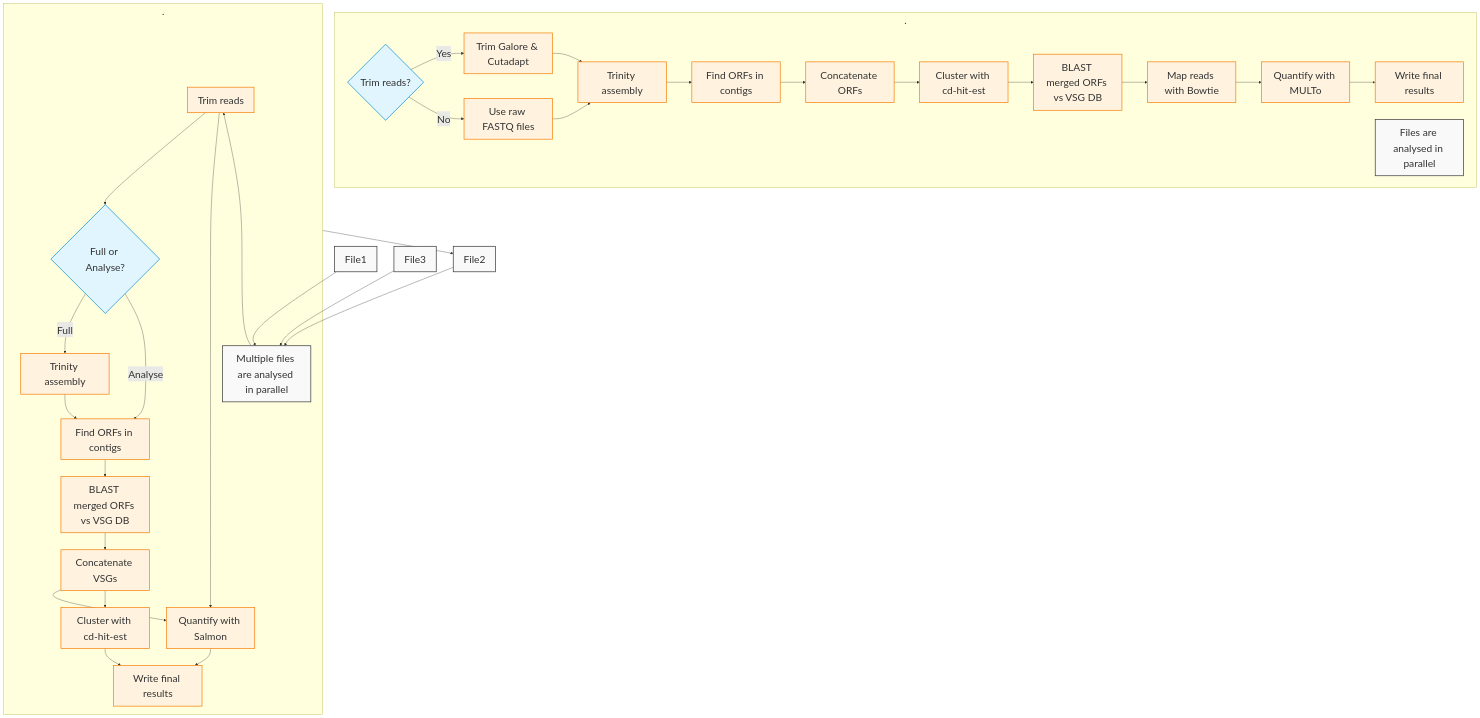
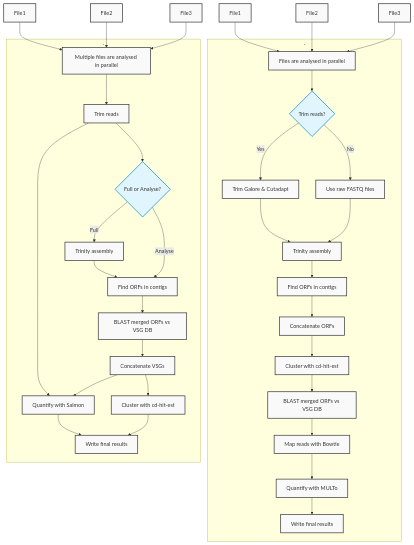
One commit to goldrieve/vsgseq2 changed the diagram in README.md. Above: the diagram before and after it, drawn with Mermaid.

````diff
--- a/README.md
+++ b/README.md
@@ -66,68 +66,67 @@
 ```mermaid
----
-config:
-  themeVariables:
-    fontSize: 30px
----
+
 flowchart TD
     subgraph s1["."]
         C1{"Trim reads?"}
         D1["Trim Galore & Cutadapt"]
         E1["Use raw FASTQ files"]
         F1["Trinity assembly"]
         G1["Find ORFs in contigs"]
         H1["Concatenate ORFs"]
         I1["Cluster with cd-hit-est"]
         J1["BLAST merged ORFs vs VSG DB"]
         M1["Map reads with Bowtie"]
         N1["Quantify with MULTo"]
         P1["Write final results"]
         Q1["Files are analysed in parallel"]
     end
     subgraph vsgseq2["."]
         C3["Trim reads"]
         D3{"Full or Analyse?"}
         E3["Trinity assembly"]
         F3["Find ORFs in contigs"]
         G3["BLAST merged ORFs vs VSG DB"]
         H3["Concatenate VSGs"]
         I3["Cluster with cd-hit-est"]
         K3["Quantify with Salmon"]
         L3["Write final results"]
         M3["Multiple files are analysed in parallel"]
     end
 
-    File1 --> M3
-    vsgseq2 --> File2
-    File2 --> M3
-    File3 --> M3
+    Fi1["File1"] --> M3
+    Fi2["File2"] --> M3
+    Fi3["File3"] --> M3
     M3 --> C3
     C3 --> D3 & K3
     D3 -- Full --> E3
     E3 --> F3
     D3 -- Analyse --> F3
     F3 --> G3
     G3 --> H3
     H3 --> K3 & I3
     K3 --> L3
     I3 --> L3
 
+    Fl1["File1"] --> Q1
+    Fl2["File2"] --> Q1
+    Fl3["File3"] --> Q1
+    Q1 --> C1
     C1 -- Yes --> D1
     C1 -- No --> E1
     D1 --> F1
     E1 --> F1
     F1 --> G1
     G1 --> H1
     H1 --> I1
     I1 --> J1
     J1 --> M1
     M1 --> N1
     N1 --> P1
 
     classDef default fill:#f9f9f9,stroke:#333,stroke-width:2px
     classDef decision fill:#e1f5fe,stroke:#0288d1,stroke-width:2px
     classDef process fill:#fff3e0,stroke:#f57c00,stroke-width:2px
 
     class C1,D3 decision
-    class D1,E1,F1,G1,H1,I1,J1,M1,N1,P1,C3,E3,F3,G3,H3,I3,K3,L3 process
+    class D1,E1,F1,G1,H1,I1,J1,M1,N1,P1,C3,E3,F3,G3,H3,I3,K3,L3 proces
 ```
````
